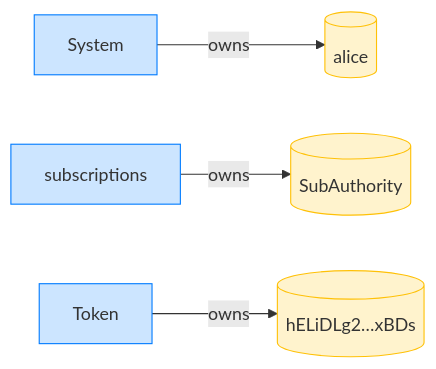
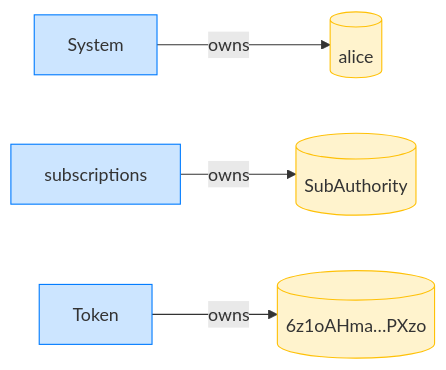
One commit to cds-rs/subscriptions changed the fourth of 8 diagrams in dsl_tests/transfer-subscription--an-expired-plan-is-refused.md. Above: the diagram before and after it, drawn with Mermaid. The commit also changed other lines of this file and 224 other files, not shown here.

````diff
--- a/dsl_tests/transfer-subscription--an-expired-plan-is-refused.md
+++ b/dsl_tests/transfer-subscription--an-expired-plan-is-refused.md
@@ -73,14 +78,14 @@
 ```mermaid
 flowchart LR
     classDef owner fill:#cce5ff,stroke:#007bff;
     classDef account fill:#fff3cd,stroke:#ffc107;
     System[System]:::owner
     alice[(alice)]:::account
     subscriptions[subscriptions]:::owner
     SubAuthority[(SubAuthority)]:::account
     Token[Token]:::owner
-    hELiDLg2_xBDs[("hELiDLg2…xBDs")]:::account
+    6z1oAHma_PXzo[("6z1oAHma…PXzo")]:::account
     System -->|owns| alice
     subscriptions -->|owns| SubAuthority
-    Token -->|owns| hELiDLg2_xBDs
+    Token -->|owns| 6z1oAHma_PXzo
 ```
````
